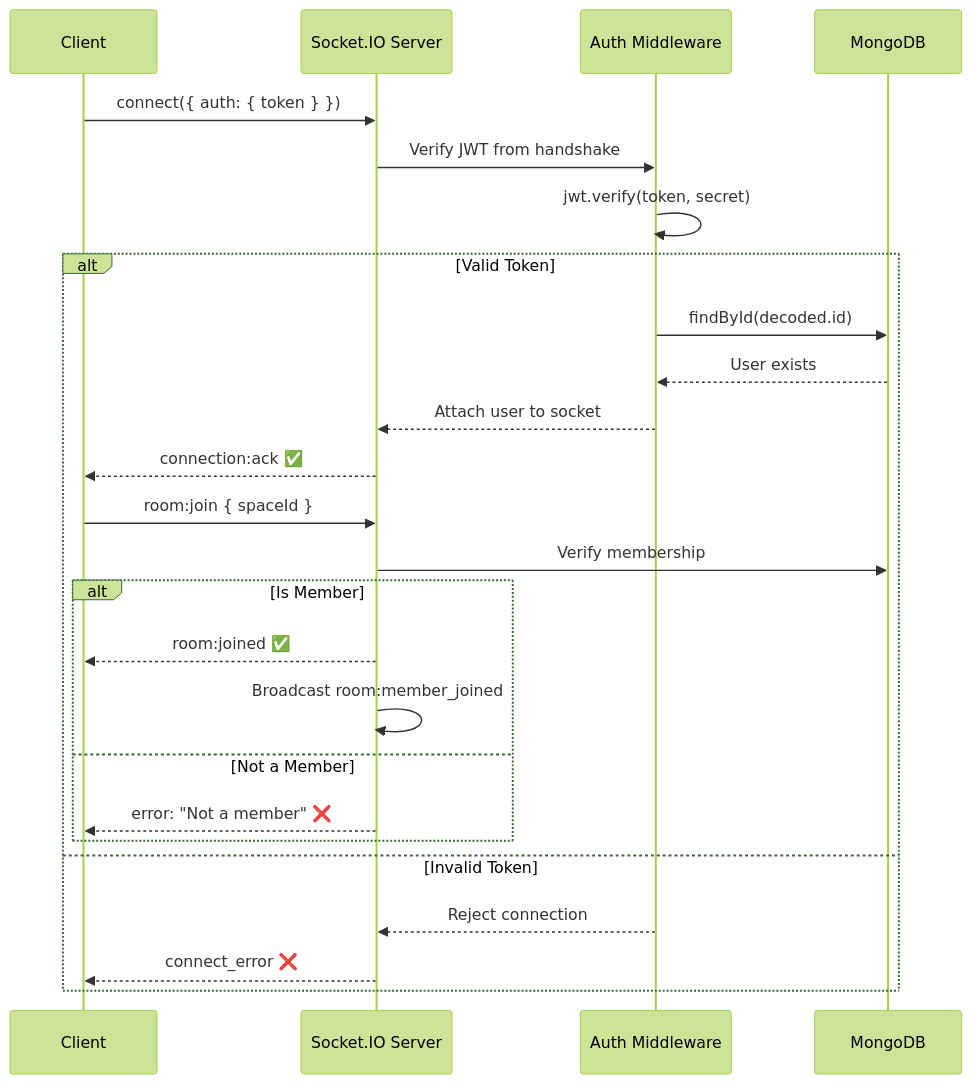
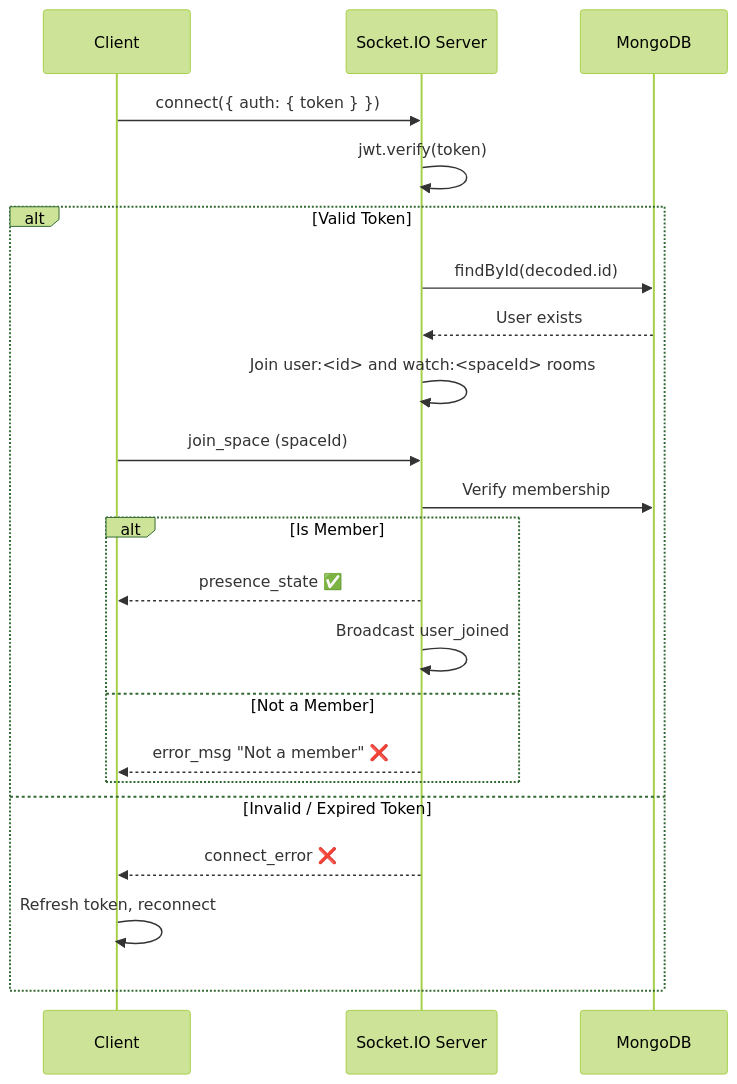
One commit to Priyansh9506/Hive changed the sixth of 19 diagrams in README.md. Above: the diagram before and after it, drawn with Mermaid (forest theme). The commit also changed other lines of this file and 52 other files, not shown here.

First line of the commit message:
feat: live updates, refresh-token sessions, app theming and responsive workspace

````diff
--- a/README.md
+++ b/README.md
@@ -512,29 +590,26 @@
 ```mermaid
 sequenceDiagram
     participant C as Client
     participant SIO as Socket.IO Server
-    participant AUTH as Auth Middleware
     participant DB as MongoDB
 
     C->>SIO: connect({ auth: { token } })
-    SIO->>AUTH: Verify JWT from handshake
-    AUTH->>AUTH: jwt.verify(token, secret)
+    SIO->>SIO: jwt.verify(token)
 
     alt Valid Token
-        AUTH->>DB: findById(decoded.id)
-        DB-->>AUTH: User exists
-        AUTH-->>SIO: Attach user to socket
-        SIO-->>C: connection:ack ✅
-        C->>SIO: room:join { spaceId }
+        SIO->>DB: findById(decoded.id)
+        DB-->>SIO: User exists
+        SIO->>SIO: Join user:<id> and watch:<spaceId> rooms
+        C->>SIO: join_space (spaceId)
         SIO->>DB: Verify membership
         alt Is Member
-            SIO-->>C: room:joined ✅
-            SIO->>SIO: Broadcast room:member_joined
+            SIO-->>C: presence_state ✅
+            SIO->>SIO: Broadcast user_joined
         else Not a Member
-            SIO-->>C: error: "Not a member" ❌
+            SIO-->>C: error_msg "Not a member" ❌
         end
-    else Invalid Token
-        AUTH-->>SIO: Reject connection
+    else Invalid / Expired Token
         SIO-->>C: connect_error ❌
+        C->>C: Refresh token, reconnect
     end
 ```
````
